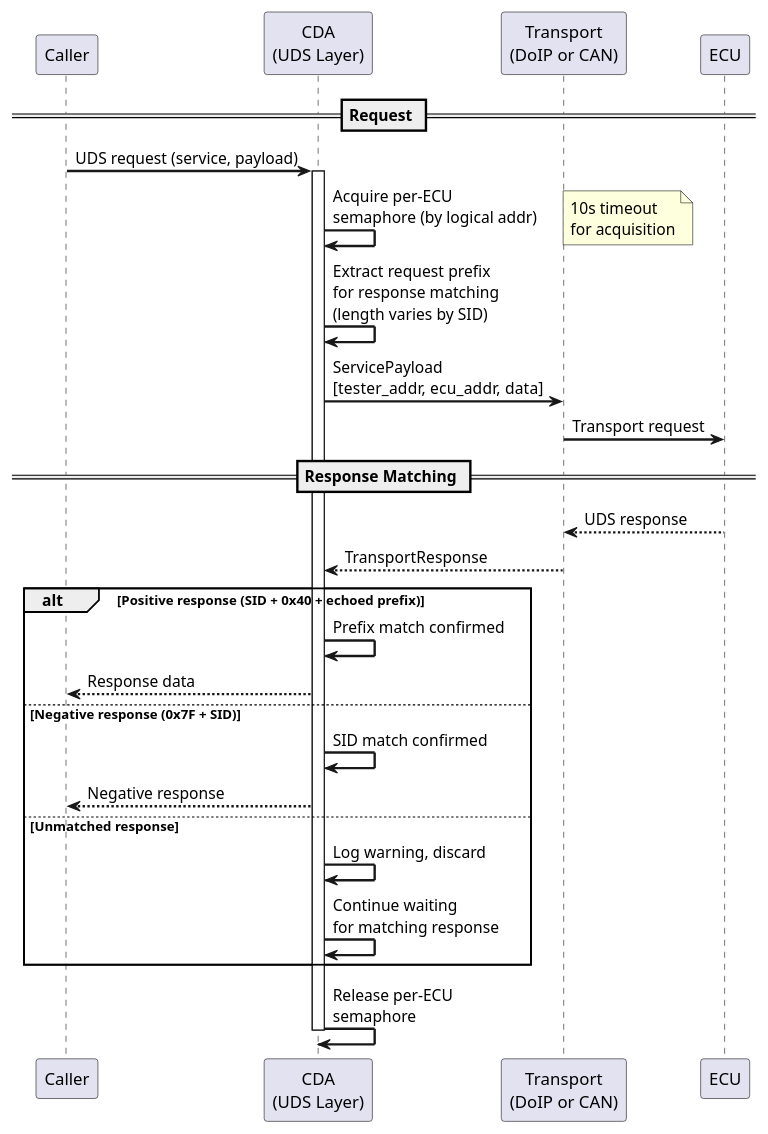
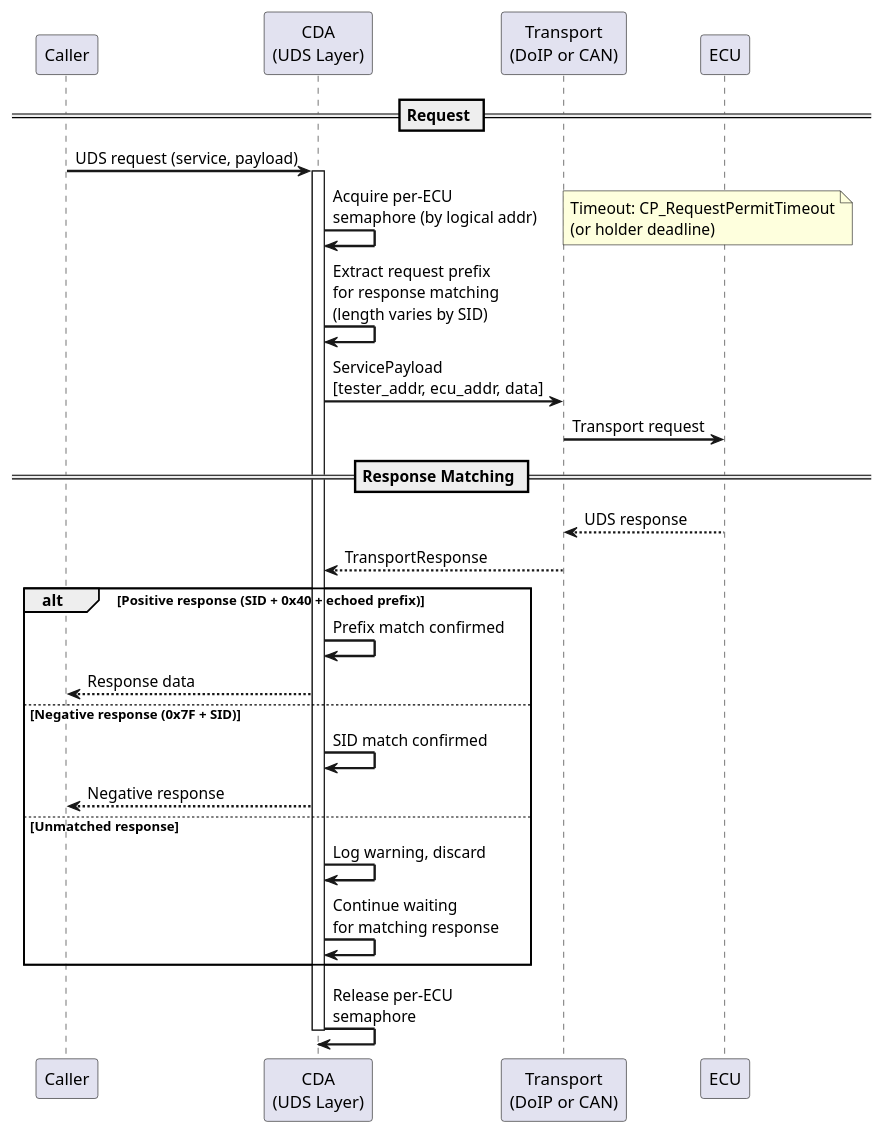
One commit to eclipse-opensovd/classic-diagnostic-adapter changed the second of 8 diagrams in docs/03_architecture/03_communication/03_uds_communication.rst. Above: the diagram before and after it, drawn with PlantUML. The commit also changed other lines of this file and 2 other files, not shown here.

First line of the commit message:
docs(uds): describe request permit timeout based on holder deadline

```diff
--- a/docs/03_architecture/03_communication/03_uds_communication.rst
+++ b/docs/03_architecture/03_communication/03_uds_communication.rst
@@ -273,42 +376,42 @@
     .. uml::
         :caption: UDS Request-Response Flow
 
         @startuml
         skinparam backgroundColor #FFFFFF
         skinparam sequenceArrowThickness 2
 
         participant "Caller" as Caller
         participant "CDA\n(UDS Layer)" as UDS
         participant "Transport\n(DoIP or CAN)" as Transport
         participant "ECU" as ECU
 
         == Request ==
         Caller -> UDS: UDS request (service, payload)
         activate UDS
 
         UDS -> UDS: Acquire per-ECU\nsemaphore (by logical addr)
-        note right: 10s timeout\nfor acquisition
+        note right: Timeout: CP_RequestPermitTimeout\n(or holder deadline)
 
         UDS -> UDS: Extract request prefix\nfor response matching\n(length varies by SID)
 
         UDS -> Transport: ServicePayload\n[tester_addr, ecu_addr, data]
         Transport -> ECU: Transport request
 
         == Response Matching ==
         ECU --> Transport: UDS response
         Transport --> UDS: TransportResponse
 
         alt Positive response (SID + 0x40 + echoed prefix)
             UDS -> UDS: Prefix match confirmed
             UDS --> Caller: Response data
         else Negative response (0x7F + SID)
             UDS -> UDS: SID match confirmed
             UDS --> Caller: Negative response
         else Unmatched response
             UDS -> UDS: Log warning, discard
             UDS -> UDS: Continue waiting\nfor matching response
         end
 
         UDS -> UDS: Release per-ECU\nsemaphore
         deactivate UDS
         @enduml
```
